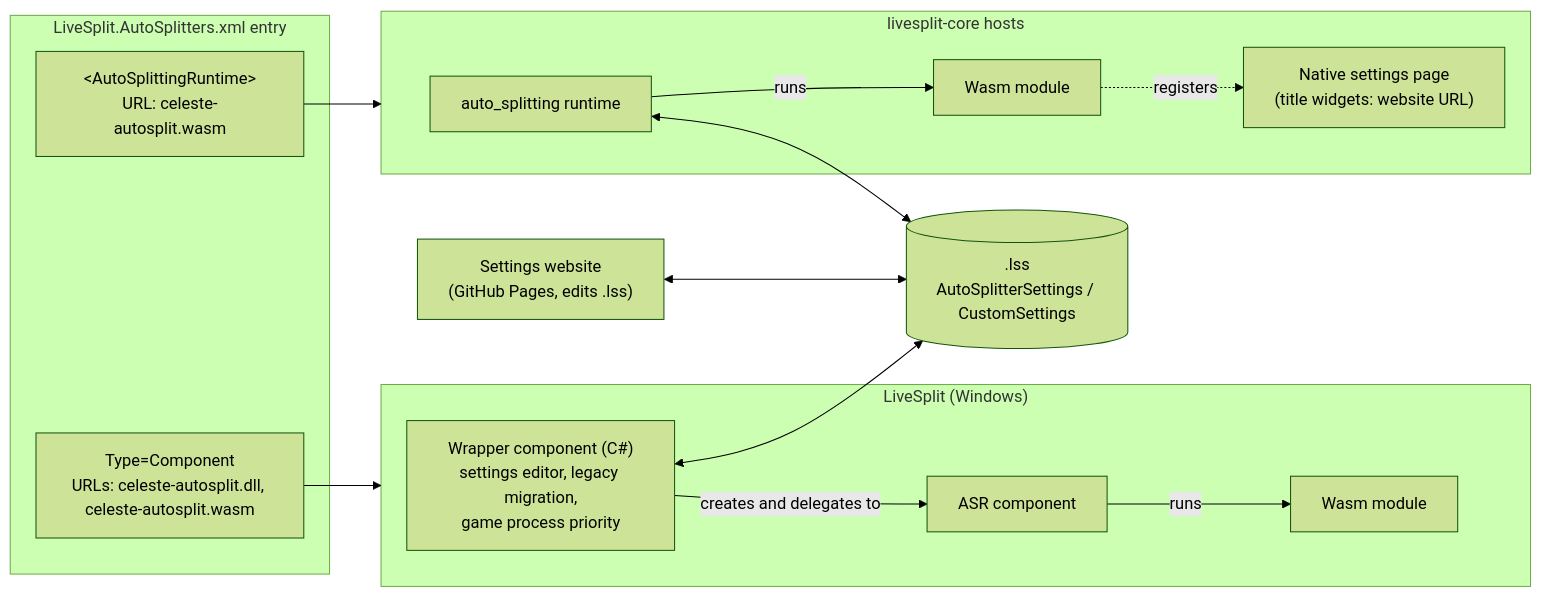
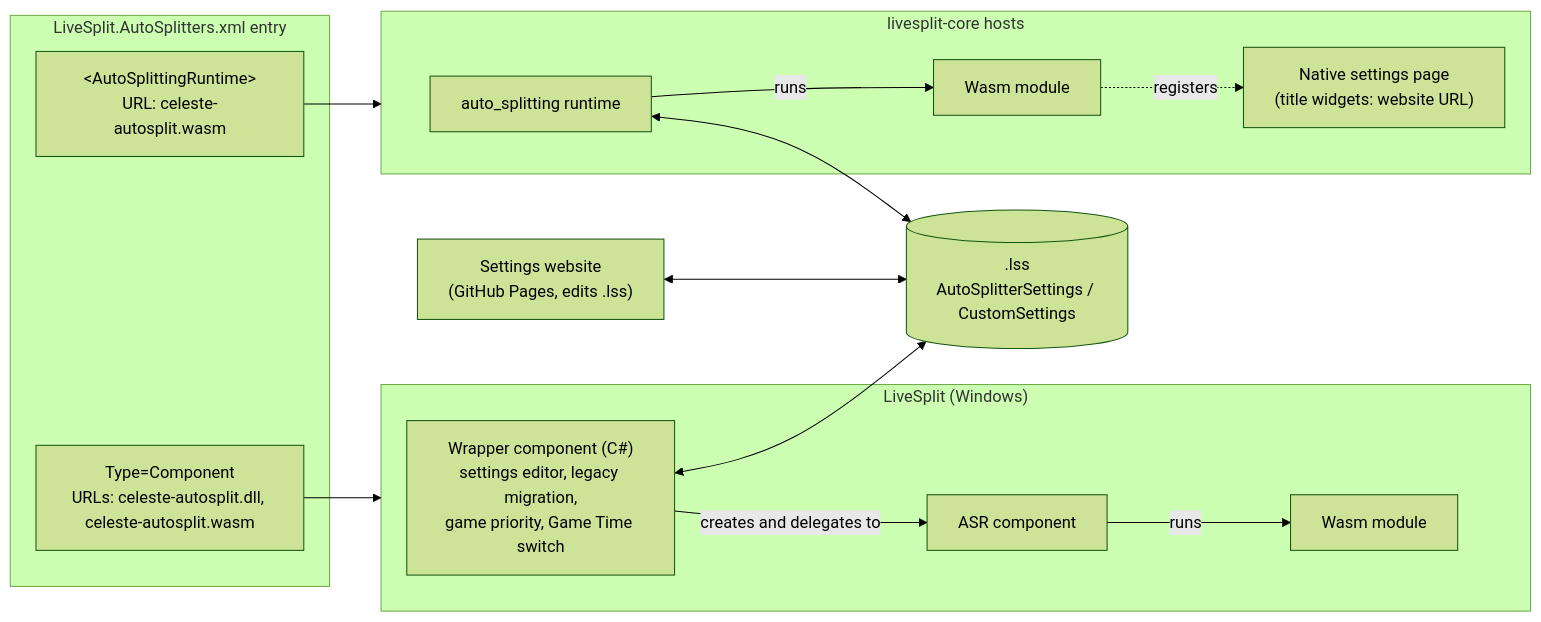
Before and after one commit to caeyo/celeste-autosplit: the diagram in architecture.md, drawn with Mermaid (forest theme). The commit also changed other lines of this file and 2 other files, not shown here.

Commit message:
Set baseline settings schema

````diff
--- a/architecture.md
+++ b/architecture.md
@@ -59,32 +59,32 @@
 ```mermaid
 flowchart LR
     subgraph List["LiveSplit.AutoSplitters.xml entry"]
         top["Type=Component<br/>URLs: celeste-autosplit.dll, celeste-autosplit.wasm"]
         nested["&lt;AutoSplittingRuntime&gt;<br/>URL: celeste-autosplit.wasm"]
     end
 
     subgraph Win["LiveSplit (Windows)"]
-        wrapper["Wrapper component (C#)<br/>settings editor, legacy migration,<br/>game process priority"]
+        wrapper["Wrapper component (C#)<br/>settings editor, legacy migration,<br/>game priority, Game Time switch"]
         asr["ASR component"]
         wasmW["Wasm module"]
         wrapper -- "creates and delegates to" --> asr
         asr -- runs --> wasmW
     end
 
     subgraph Core["livesplit-core hosts"]
         rt["auto_splitting runtime"]
         wasmC["Wasm module"]
         native["Native settings page<br/>(title widgets: website URL)"]
         rt -- runs --> wasmC
         wasmC -. registers .-> native
     end
 
     web["Settings website<br/>(GitHub Pages, edits .lss)"]
     lss[(".lss<br/>AutoSplitterSettings / CustomSettings")]
 
     top --> Win
     nested --> Core
     wrapper <--> lss
     rt <--> lss
     web <--> lss
 ```
````
